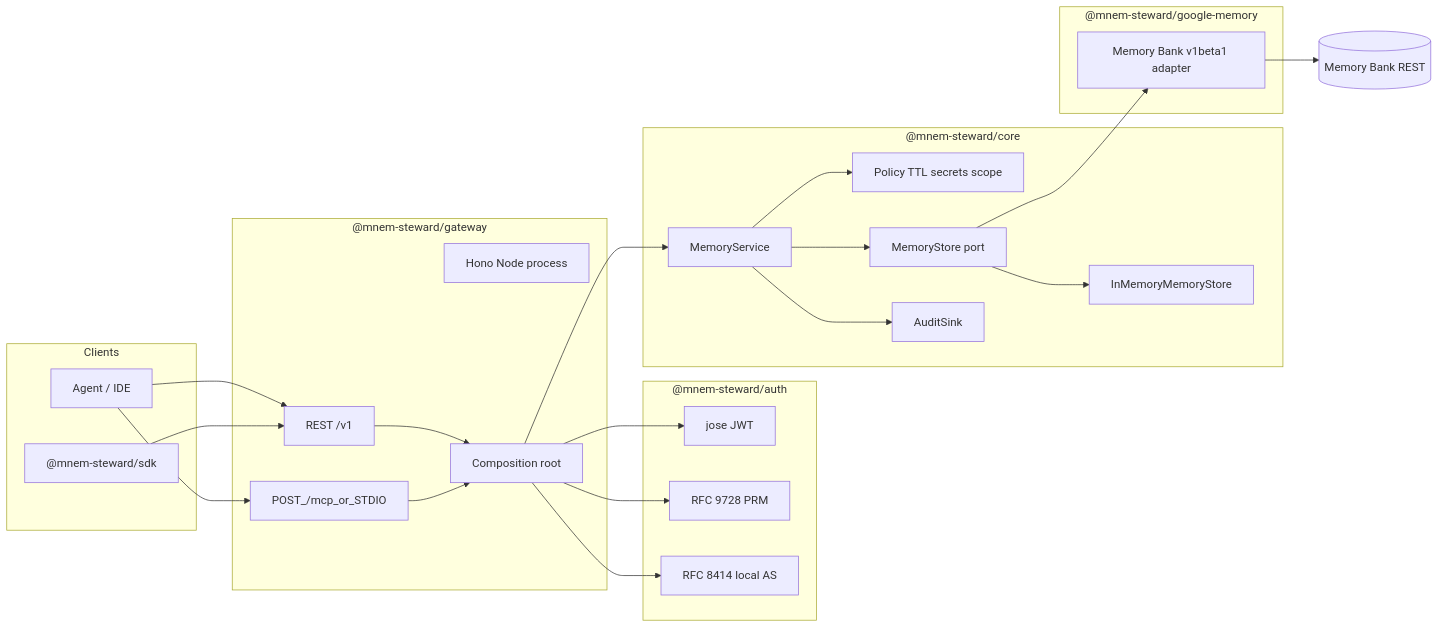
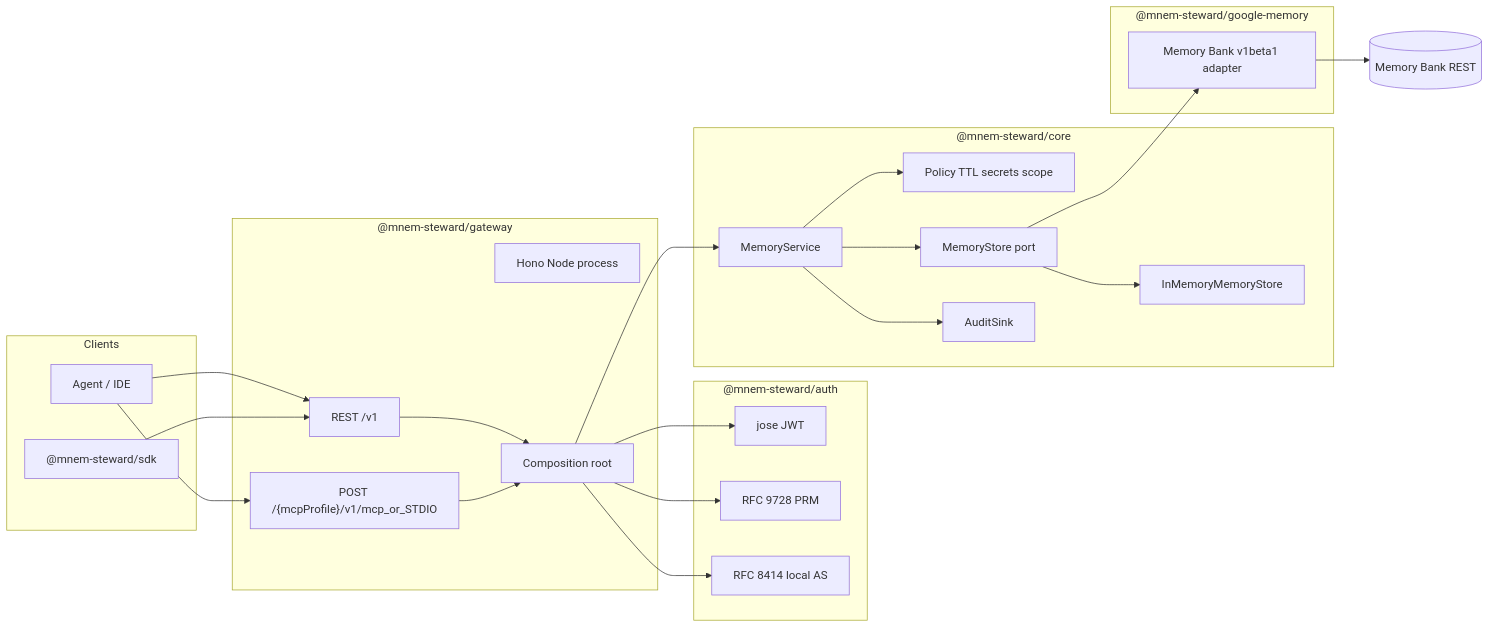
The first of 2 diagrams in docs/rfc/0001-enterprise-agent-memory-platform.md (yu-iskw/mnem-steward), drawn with Mermaid before and after one commit. The commit also changed other lines of this file and 23 other files, not shown here.

First line of the commit message:
feat(gateway): per-profile MCP servers with tool annotations (#3)

````diff
--- a/docs/rfc/0001-enterprise-agent-memory-platform.md
+++ b/docs/rfc/0001-enterprise-agent-memory-platform.md
@@ -45,44 +45,44 @@
 ```mermaid
 flowchart LR
   subgraph clients [Clients]
     Agent[Agent / IDE]
     SDK["@mnem-steward/sdk"]
   end
   subgraph gatewayPkg ["@mnem-steward/gateway"]
     Hono[Hono Node process]
     REST[REST /v1]
-    MCP["POST_/mcp_or_STDIO"]
+    MCP["POST /{mcpProfile}/v1/mcp_or_STDIO"]
     Comp[Composition root]
   end
   subgraph authPkg ["@mnem-steward/auth"]
     JWT[jose JWT]
     PRM[RFC 9728 PRM]
     AS[RFC 8414 local AS]
   end
   subgraph corePkg ["@mnem-steward/core"]
     Svc[MemoryService]
     Pol[Policy TTL secrets scope]
     Port[MemoryStore port]
     Mem[InMemoryMemoryStore]
     Audit[AuditSink]
   end
   subgraph googlePkg ["@mnem-steward/google-memory"]
     Adapt[Memory Bank v1beta1 adapter]
   end
   MB[(Memory Bank REST)]
   Agent --> REST
   Agent --> MCP
   SDK --> REST
   REST --> Comp
   MCP --> Comp
   Comp --> JWT
   Comp --> Svc
   Svc --> Pol
   Svc --> Port
   Svc --> Audit
   Port --> Mem
   Port --> Adapt
   Adapt --> MB
   Comp --> PRM
   Comp --> AS
 ```
````
